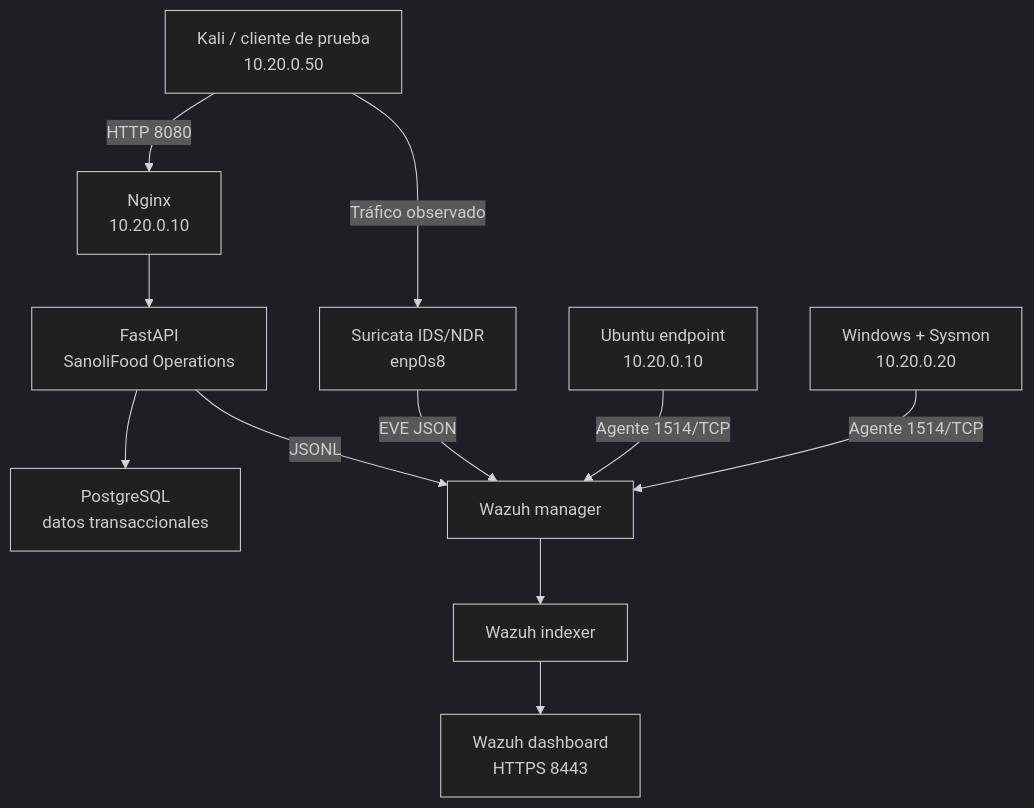
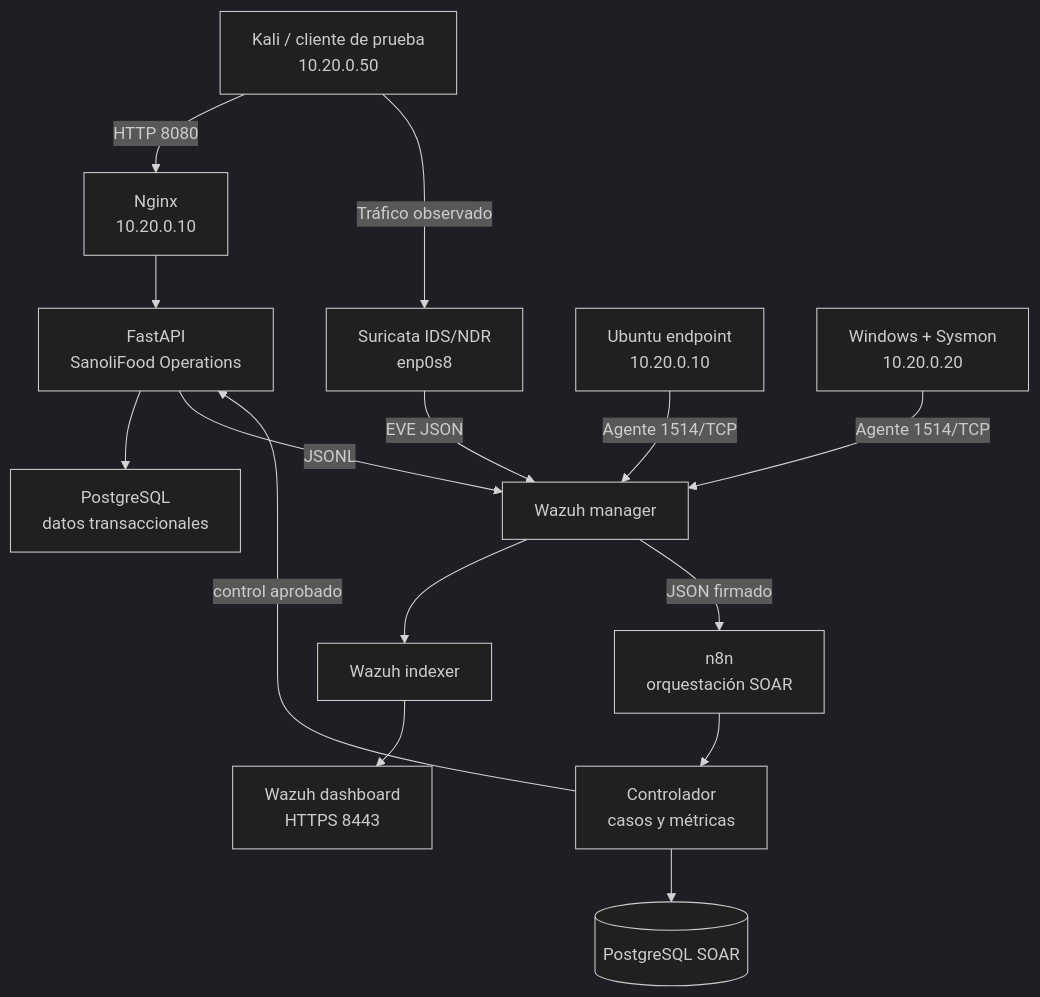
Before and after one commit to Jocarsoli2001/sanolifood-soc: the first of 2 diagrams in README.md, drawn with Mermaid (dark theme). The commit also changed other lines of this file and 71 other files, not shown here.

````diff
--- a/README.md
+++ b/README.md
@@ -69,13 +70,17 @@
 ```mermaid
 flowchart TD
     C["Kali / cliente de prueba<br/>10.20.0.50"] -->|HTTP 8080| N["Nginx<br/>10.20.0.10"]
     C -->|Tráfico observado| S["Suricata IDS/NDR<br/>enp0s8"]
     N --> A["FastAPI<br/>SanoliFood Operations"]
     A --> P["PostgreSQL<br/>datos transaccionales"]
     A -->|JSONL| W["Wazuh manager"]
     S -->|EVE JSON| W
     U["Ubuntu endpoint<br/>10.20.0.10"] -->|Agente 1514/TCP| W
     X["Windows + Sysmon<br/>10.20.0.20"] -->|Agente 1514/TCP| W
     W --> I["Wazuh indexer"]
     I --> D["Wazuh dashboard<br/>HTTPS 8443"]
+    W -->|"JSON firmado"| O["n8n<br/>orquestación SOAR"]
+    O --> R["Controlador<br/>casos y métricas"]
+    R -->|"control aprobado"| A
+    R --> Q[("PostgreSQL SOAR")]
 ```
````
